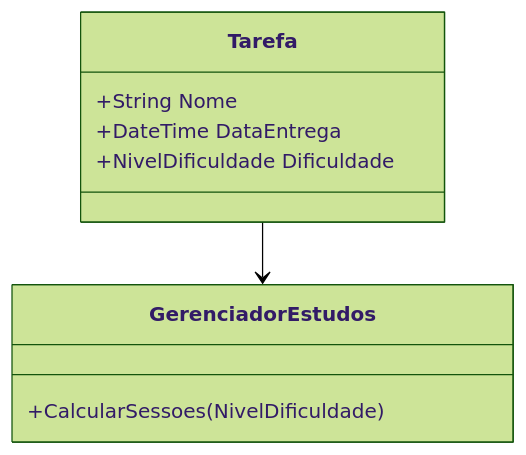
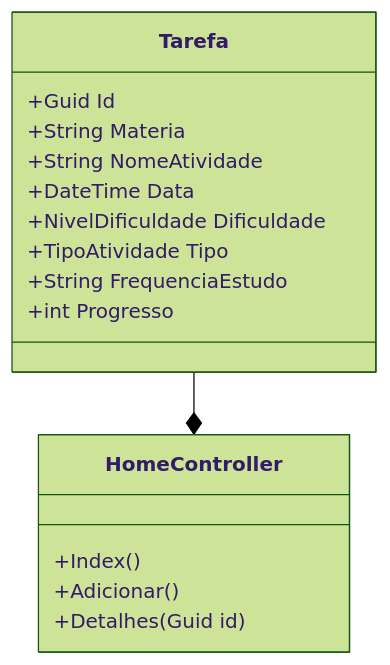
One commit to CamileXavierMedina/UniversitarioTask changed the diagram in README.md. Above: the diagram before and after it, drawn with Mermaid (forest theme). The commit also changed other lines of this file, not shown here.

````diff
--- a/README.md
+++ b/README.md
@@ -17,12 +17,19 @@
 ```mermaid
 classDiagram
     class Tarefa {
-        +String Nome
-        +DateTime DataEntrega
+        +Guid Id
+        +String Materia
+        +String NomeAtividade
+        +DateTime Data
         +NivelDificuldade Dificuldade
+        +TipoAtividade Tipo
+        +String FrequenciaEstudo
+        +int Progresso
     }
-    class GerenciadorEstudos {
-        +CalcularSessoes(NivelDificuldade)
+    class HomeController {
+        +Index()
+        +Adicionar()
+        +Detalhes(Guid id)
     }
-    Tarefa --> GerenciadorEstudos
+    Tarefa --* HomeController
 ```
````
